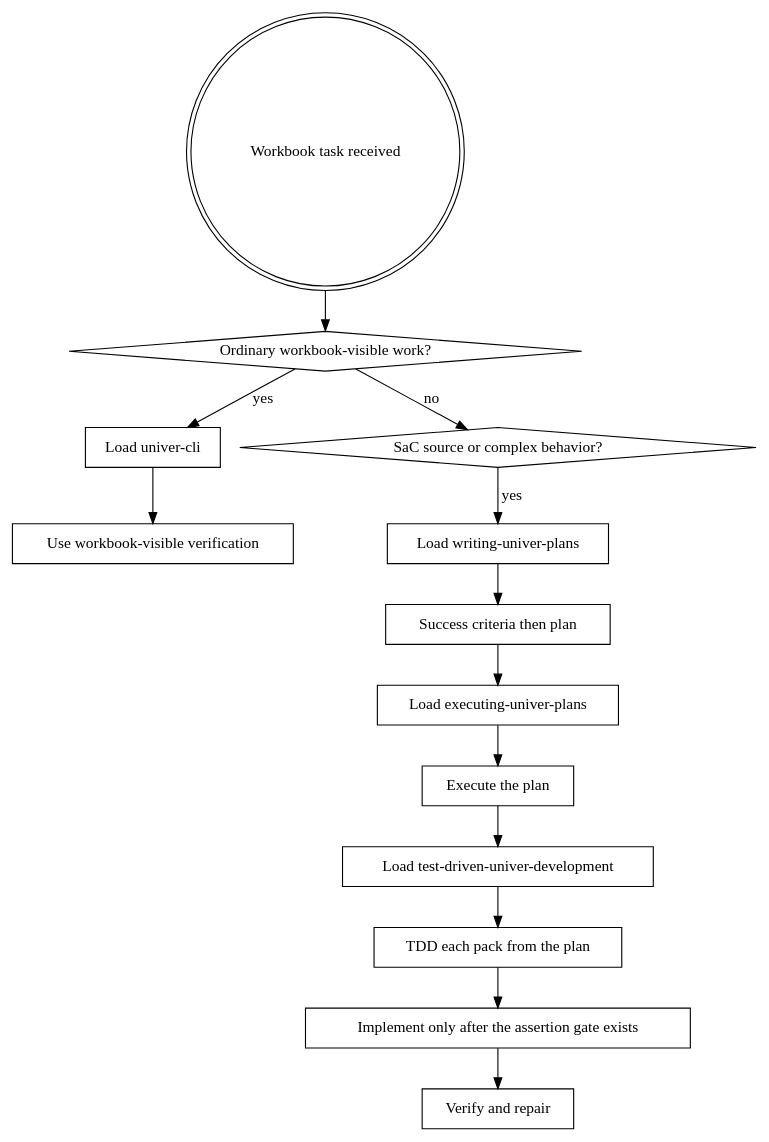
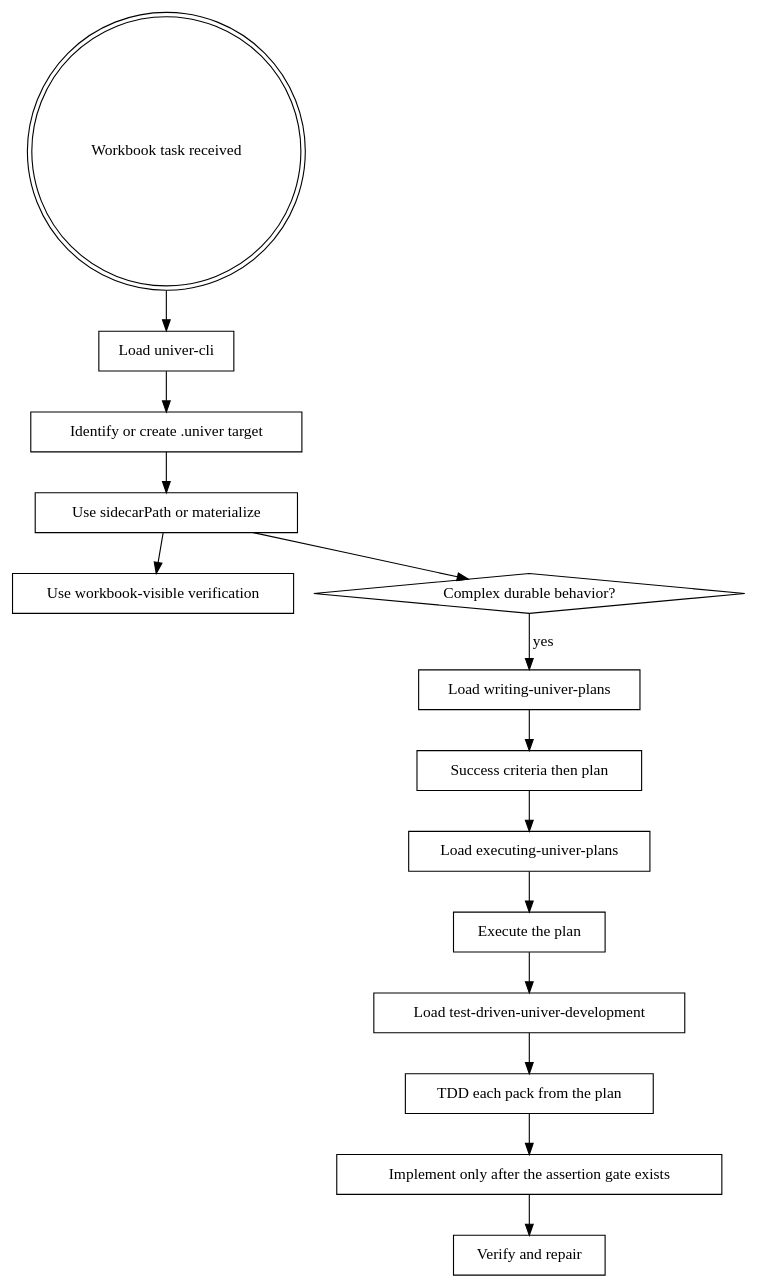
The diagram in skills/using-univer-cli/SKILL.md (dream-num/skills), drawn with Graphviz before and after one commit. The commit also changed other lines of this file and 4 other files, not shown here.

````diff
--- a/skills/using-univer-cli/SKILL.md
+++ b/skills/using-univer-cli/SKILL.md
@@ -23,30 +23,32 @@
 ```dot
 digraph using_univer_cli {
     "Workbook task received" [shape=doublecircle];
-    "Ordinary workbook-visible work?" [shape=diamond];
     "Load univer-cli" [shape=box];
+    "Identify or create .univer target" [shape=box];
+    "Use sidecarPath or materialize" [shape=box];
     "Use workbook-visible verification" [shape=box];
-    "SaC source or complex behavior?" [shape=diamond];
+    "Complex durable behavior?" [shape=diamond];
     "Load writing-univer-plans" [shape=box];
     "Success criteria then plan" [shape=box];
     "Load executing-univer-plans" [shape=box];
     "Execute the plan" [shape=box];
     "Load test-driven-univer-development" [shape=box];
     "TDD each pack from the plan" [shape=box];
     "Implement only after the assertion gate exists" [shape=box];
     "Verify and repair" [shape=box];
 
-    "Workbook task received" -> "Ordinary workbook-visible work?";
-    "Ordinary workbook-visible work?" -> "Load univer-cli" [label="yes"];
-    "Load univer-cli" -> "Use workbook-visible verification";
-    "Ordinary workbook-visible work?" -> "SaC source or complex behavior?" [label="no"];
-    "SaC source or complex behavior?" -> "Load writing-univer-plans" [label="yes"];
+    "Workbook task received" -> "Load univer-cli";
+    "Load univer-cli" -> "Identify or create .univer target";
+    "Identify or create .univer target" -> "Use sidecarPath or materialize";
+    "Use sidecarPath or materialize" -> "Use workbook-visible verification";
+    "Use sidecarPath or materialize" -> "Complex durable behavior?";
+    "Complex durable behavior?" -> "Load writing-univer-plans" [label="yes"];
     "Load writing-univer-plans" -> "Success criteria then plan";
     "Success criteria then plan" -> "Load executing-univer-plans";
     "Load executing-univer-plans" -> "Execute the plan";
     "Execute the plan" -> "Load test-driven-univer-development";
     "Load test-driven-univer-development" -> "TDD each pack from the plan";
     "TDD each pack from the plan" -> "Implement only after the assertion gate exists";
     "Implement only after the assertion gate exists" -> "Verify and repair";
 }
 ```
````
